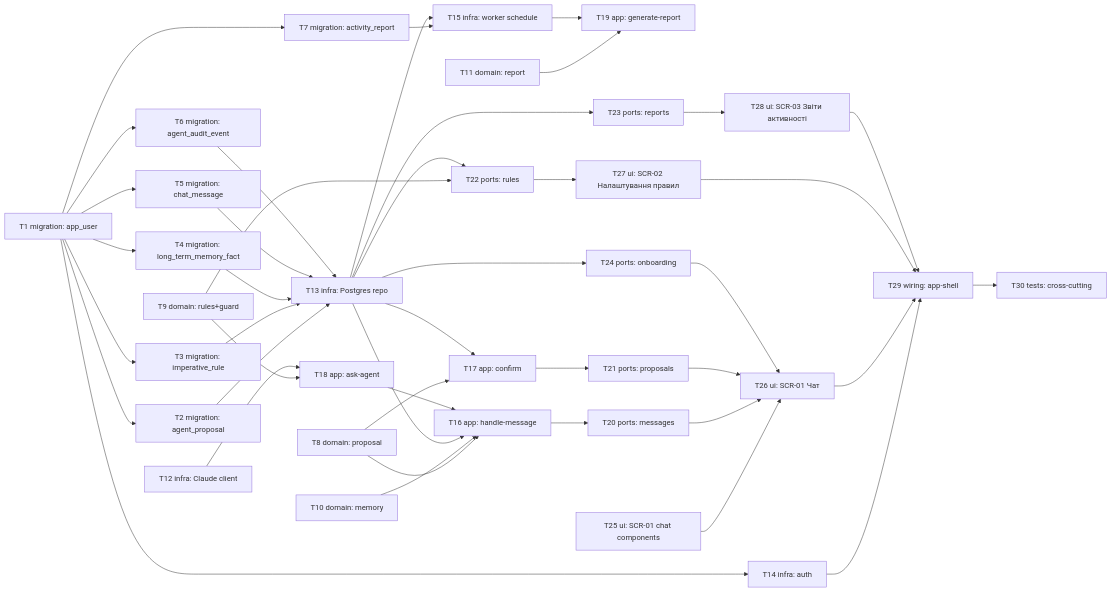
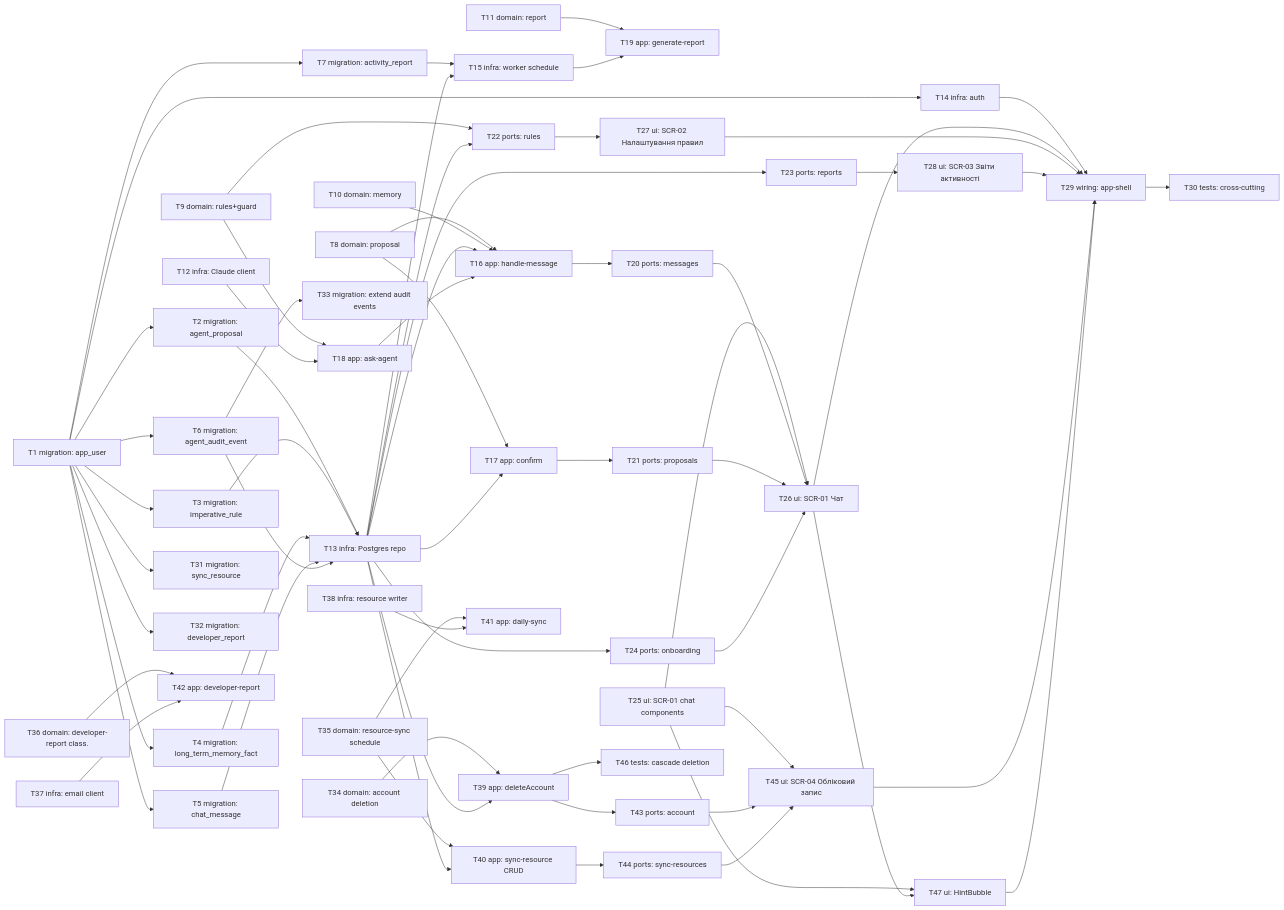
Before and after one commit to danyllukandrey-cloud/claude-workspace: the diagram in docs/features/agent/tasks/_epic.md, drawn with Mermaid. The commit also changed other lines of this file and 54 other files, not shown here.

````diff
--- a/docs/features/agent/tasks/_epic.md
+++ b/docs/features/agent/tasks/_epic.md
@@ -72,4 +74,39 @@
     T28 --> T29
 
     T29 --> T30[T30 tests: cross-cutting]
+
+    T1 --> T31[T31 migration: sync_resource]
+    T1 --> T32[T32 migration: developer_report]
+    T6 --> T33[T33 migration: extend audit events]
+
+    T34[T34 domain: account deletion]
+    T35[T35 domain: resource-sync schedule]
+    T36[T36 domain: developer-report class.]
+
+    T37[T37 infra: email client]
+    T38[T38 infra: resource writer]
+
+    T34 --> T39[T39 app: deleteAccount]
+    T13 --> T39
+    T35 --> T40[T40 app: sync-resource CRUD]
+    T13 --> T40
+    T35 --> T41[T41 app: daily-sync]
+    T38 --> T41
+    T36 --> T42[T42 app: developer-report]
+    T37 --> T42
+
+    T39 --> T43[T43 ports: account]
+    T40 --> T44[T44 ports: sync-resources]
+
+    T25 --> T45[T45 ui: SCR-04 Обліковий запис]
+    T43 --> T45
+    T44 --> T45
+
+    T39 --> T46[T46 tests: cascade deletion]
+
+    T25 --> T47[T47 ui: HintBubble]
+    T26 --> T47
+
+    T45 --> T29
+    T47 --> T29
 ```
````
